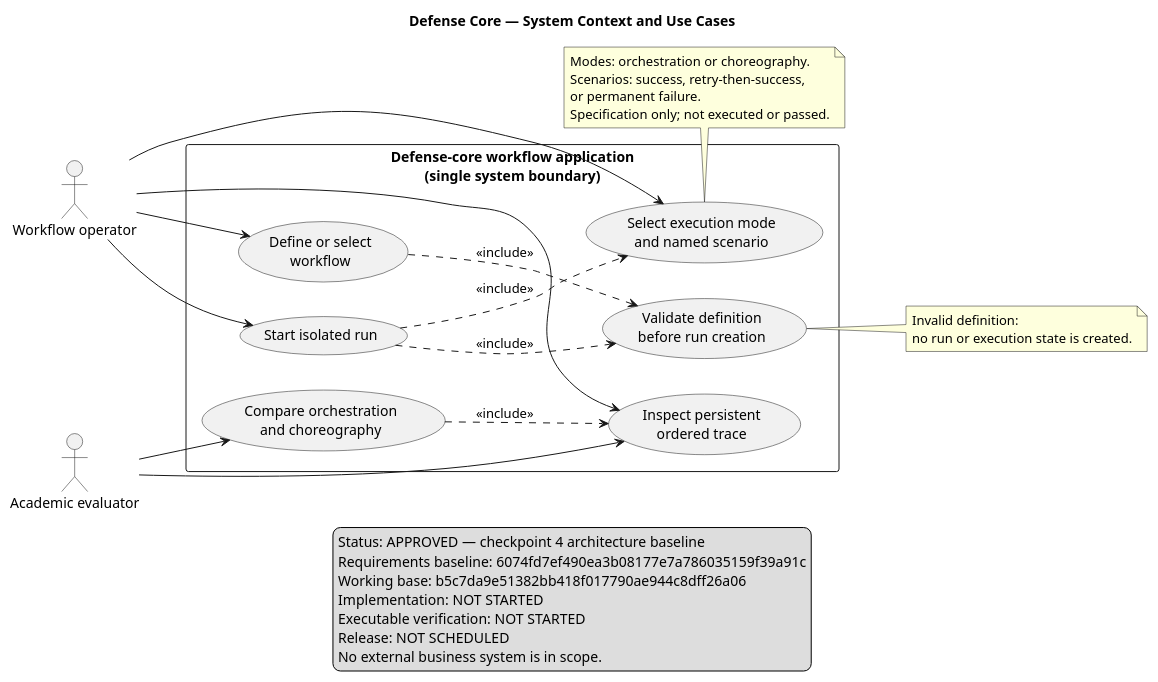
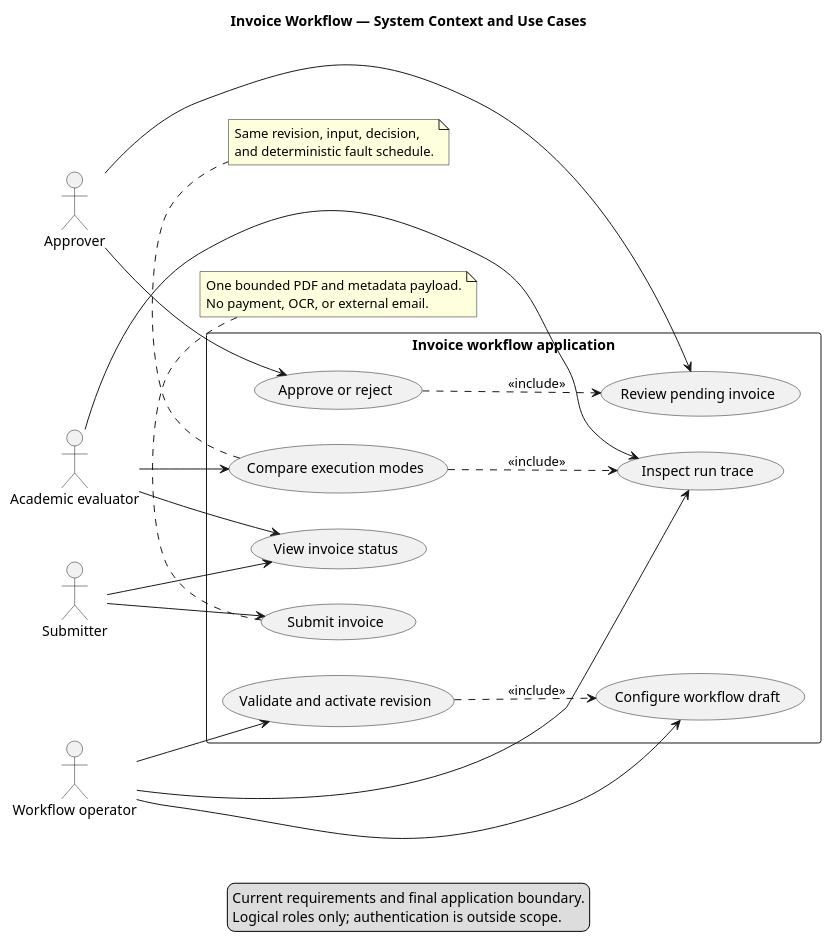
Before and after one commit to MAES1102/WMS: the diagram in docs/architecture/uml/system-context-use-cases.puml, drawn with PlantUML. The commit also changed 147 other files, not shown here.

```diff
--- a/docs/architecture/uml/system-context-use-cases.puml
+++ b/docs/architecture/uml/system-context-use-cases.puml
@@ -1,51 +1,51 @@
 @startuml
-title Defense Core — System Context and Use Cases
+title Invoice Workflow — System Context and Use Cases
 left to right direction
 skinparam shadowing false
 
+actor Submitter
+actor Approver
 actor "Workflow operator" as Operator
 actor "Academic evaluator" as Evaluator
 
-rectangle "Defense-core workflow application\n(single system boundary)" {
-  usecase "Define or select\nworkflow" as UC_Definition
-  usecase "Validate definition\nbefore run creation" as UC_Validate
-  usecase "Select execution mode\nand named scenario" as UC_Select
-  usecase "Start isolated run" as UC_Start
-  usecase "Inspect persistent\nordered trace" as UC_Trace
-  usecase "Compare orchestration\nand choreography" as UC_Compare
+rectangle "Invoice workflow application" {
+  usecase "Submit invoice" as Submit
+  usecase "View invoice status" as Status
+  usecase "Review pending invoice" as Review
+  usecase "Approve or reject" as Decide
+  usecase "Configure workflow draft" as Configure
+  usecase "Validate and activate revision" as Activate
+  usecase "Inspect run trace" as Trace
+  usecase "Compare execution modes" as Compare
 }
 
-Operator --> UC_Definition
-Operator --> UC_Select
-Operator --> UC_Start
-Operator --> UC_Trace
-Evaluator --> UC_Trace
-Evaluator --> UC_Compare
+Submitter --> Submit
+Submitter --> Status
+Approver --> Review
+Approver --> Decide
+Operator --> Configure
+Operator --> Activate
+Operator --> Trace
+Evaluator --> Status
+Evaluator --> Trace
+Evaluator --> Compare
 
-UC_Definition ..> UC_Validate : <<include>>
-UC_Start ..> UC_Validate : <<include>>
-UC_Start ..> UC_Select : <<include>>
-UC_Compare ..> UC_Trace : <<include>>
+Decide ..> Review : <<include>>
+Activate ..> Configure : <<include>>
+Compare ..> Trace : <<include>>
 
-note right of UC_Validate
-Invalid definition:
-no run or execution state is created.
+note bottom of Submit
+One bounded PDF and metadata payload.
+No payment, OCR, or external email.
 end note
 
-note bottom of UC_Select
-Modes: orchestration or choreography.
-Scenarios: success, retry-then-success,
-or permanent failure.
-Specification only; not executed or passed.
+note bottom of Compare
+Same revision, input, decision,
+and deterministic fault schedule.
 end note
 
 legend
-Status: APPROVED — checkpoint 4 architecture baseline
-Requirements baseline: 6074fd7ef490ea3b08177e7a786035159f39a91c
-Working base: b5c7da9e51382bb418f017790ae944c8dff26a06
-Implementation: NOT STARTED
-Executable verification: NOT STARTED
-Release: NOT SCHEDULED
-No external business system is in scope.
+Current requirements and final application boundary.
+Logical roles only; authentication is outside scope.
 endlegend
 @enduml
```
